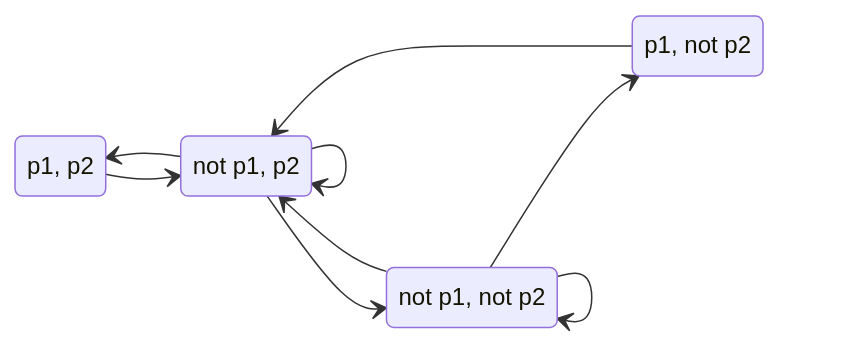
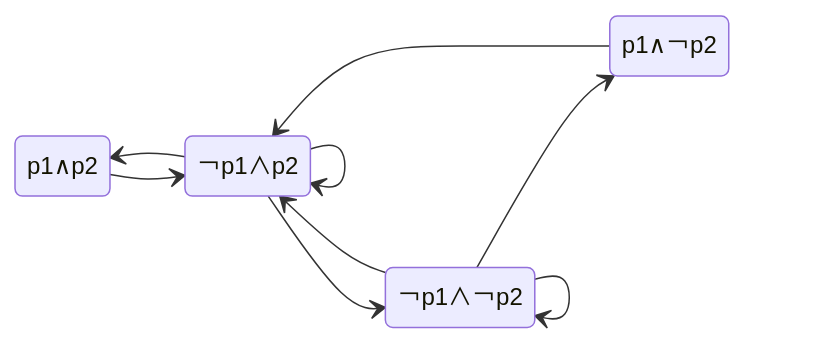
The diagram in COMP3153/Stream b/Stream B - Credit.md (VinayakFia/Obsidian), drawn with Mermaid before and after one commit. The commit also changed other lines of this file, not shown here.

Commit message:
vault backup: 2024-11-10 16:35:16

````diff
--- a/COMP3153/Stream b/Stream B - Credit.md
+++ b/COMP3153/Stream b/Stream B - Credit.md
@@ -3,18 +3,18 @@
 ```mermaid
 stateDiagram-v2
 	direction LR
 	
-	and : p1, p2
-	p2 : not p1, p2
-	p1 : p1, not p2
-	not : not p1, not p2
+	and : p1∧p2
+	p2 : ￢p1∧p2
+	p1 : p1∧￢p2
+	not : ￢p1∧￢p2
 
 	and --> p2
 	p1 --> p2
 	p2 --> not
 	p2 --> p2
 	p2 --> and
 	not --> p1
 	not --> not
 	not --> p2
 ```
````
